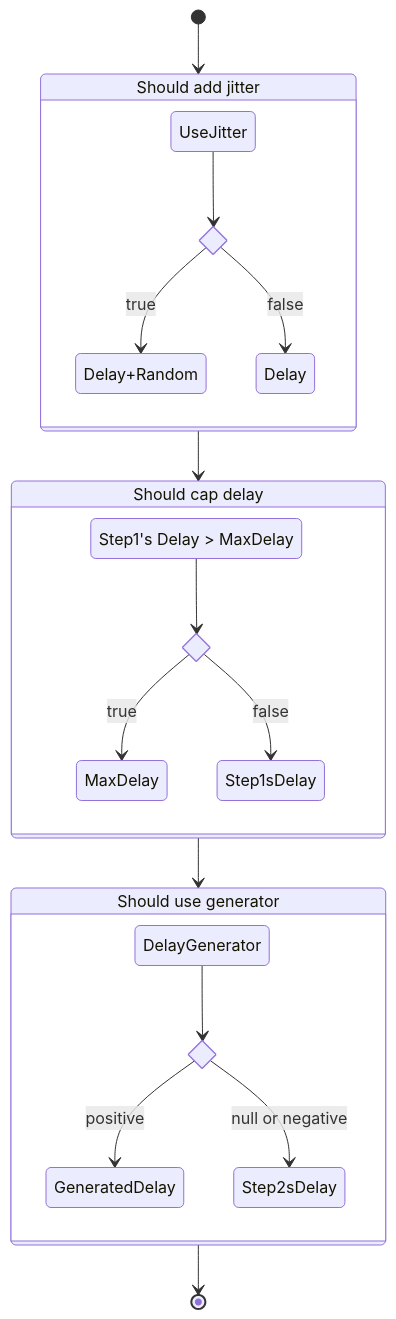
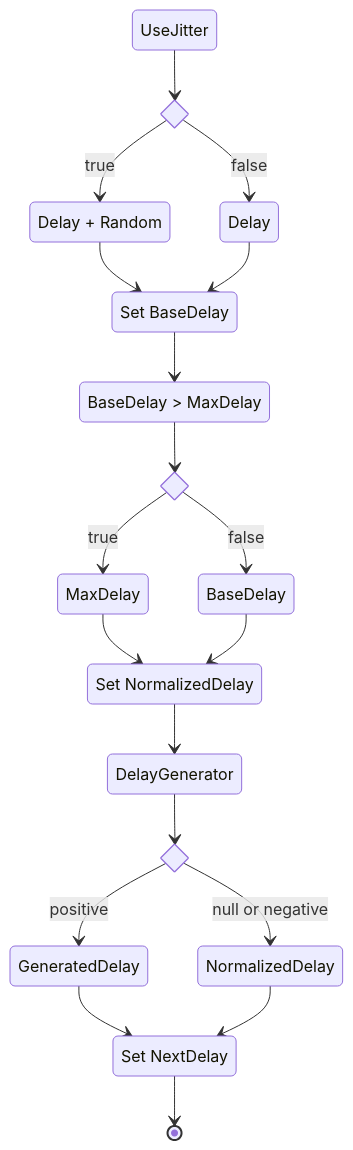
One commit to App-vNext/Polly changed the first of 5 diagrams in docs/strategies/retry.md. Above: the diagram before and after it, drawn with Mermaid. The commit also changed other lines of this file, not shown here.

````diff
--- a/docs/strategies/retry.md
+++ b/docs/strategies/retry.md
@@ -131,32 +131,35 @@
 ```mermaid
 stateDiagram-v2
 
     state if_state_step1 <<choice>>
     state if_state_step2 <<choice>>
     state if_state_step3 <<choice>>
-    jitter: Should add jitter
-    cap: Should cap delay
-    generator: Should use generator
-    compare: Step1's Delay > MaxDelay
 
-    [*] --> jitter
-    jitter --> cap
-    cap --> generator
-    generator --> [*]
+    constant: Delay
+    constantWJitter: Delay + Random
+    compare: BaseDelay > MaxDelay
+    setBase: Set BaseDelay
+    setNormalized: Set NormalizedDelay
+    setNext: Set NextDelay
 
-    state jitter {
-        UseJitter --> if_state_step1
-        if_state_step1 --> Delay+Random: true
-        if_state_step1 --> Delay: false
-    }
-    state cap {
-        compare --> if_state_step2
-        if_state_step2 --> MaxDelay: true
-        if_state_step2 --> Step1sDelay: false
-    }
-    state generator {
-        DelayGenerator --> if_state_step3
-        if_state_step3 --> GeneratedDelay: positive
-        if_state_step3 --> Step2sDelay: null or negative
-    }
+    UseJitter --> if_state_step1
+    if_state_step1 --> constantWJitter:true
+    if_state_step1 --> constant: false
+    constantWJitter --> setBase
+    constant --> setBase
+
+    setBase --> compare
+    compare --> if_state_step2
+    if_state_step2 --> MaxDelay: true
+    if_state_step2 --> BaseDelay: false
+    MaxDelay --> setNormalized
+    BaseDelay --> setNormalized
+
+    setNormalized --> DelayGenerator
+    DelayGenerator --> if_state_step3
+    if_state_step3 --> GeneratedDelay: positive
+    if_state_step3 --> NormalizedDelay: null or negative
+    GeneratedDelay --> setNext
+    NormalizedDelay --> setNext
+    setNext --> [*]
 ```
````
